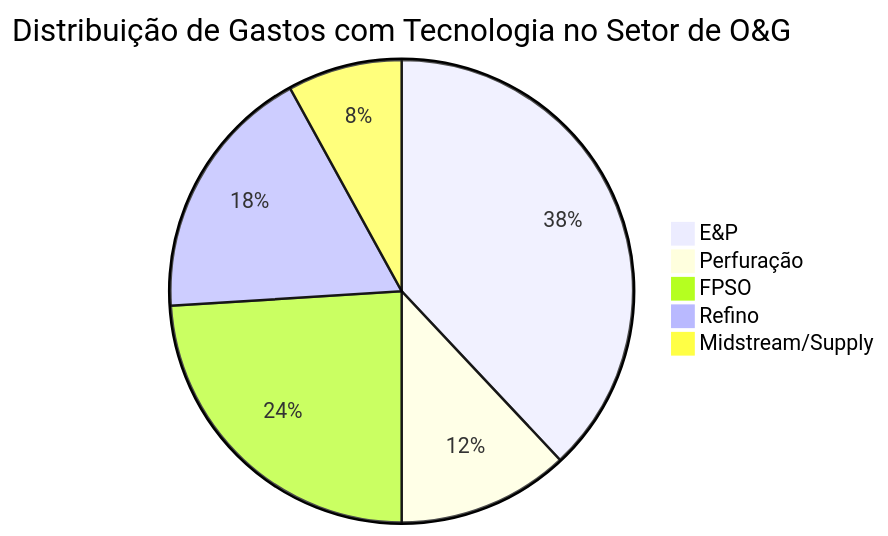
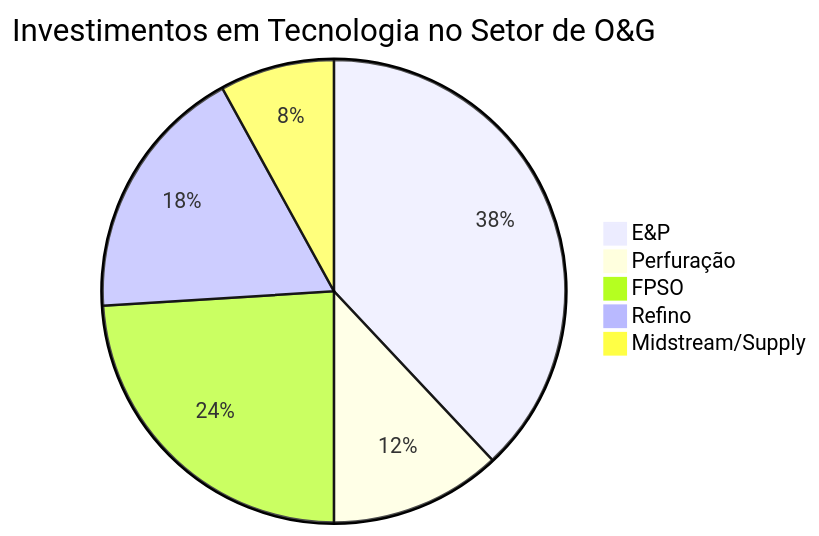
The second of 5 diagrams in AnaliseMercado.md (wonder-dmercadal/PublicReports), drawn with Mermaid before and after one commit.

````diff
--- a/AnaliseMercado.md
+++ b/AnaliseMercado.md
@@ -55,9 +55,9 @@
 ```mermaid
 pie
-    title Distribuição de Gastos com Tecnologia no Setor de O&G
+    title Investimentos em Tecnologia no Setor de O&G
     "E&P" : 38
     "Perfuração" : 12
     "FPSO" : 24
     "Refino" : 18
     "Midstream/Supply" : 8
 ```
````
